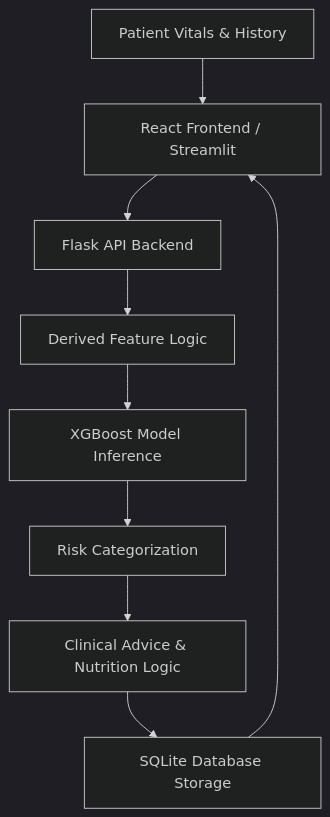
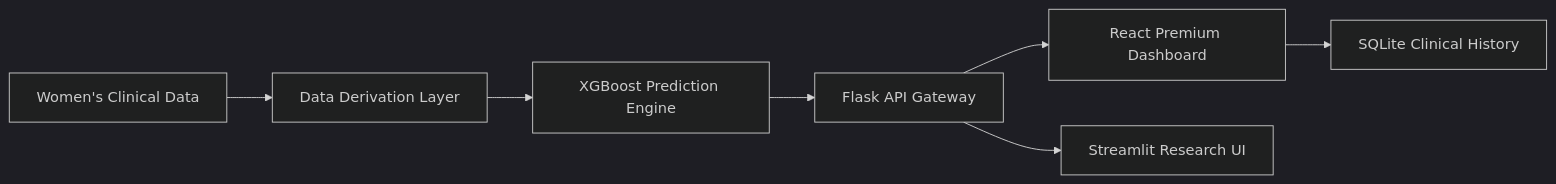
The diagram in README.md (daksha2005/CardioWise_AI), drawn with Mermaid (dark theme) before and after one commit. The commit also changed other lines of this file, not shown here.

Commit message:
Final Polish: Emphasized Women's Health and gender-specific risk factors in documentation

````diff
--- a/README.md
+++ b/README.md
@@ -30,11 +33,9 @@
 ```mermaid
-graph TD
-    A[Patient Vitals & History] --> B[React Frontend / Streamlit]
-    B --> C[Flask API Backend]
-    C --> D[Derived Feature Logic]
-    D --> E[XGBoost Model Inference]
-    E --> F[Risk Categorization]
-    F --> G[Clinical Advice & Nutrition Logic]
-    G --> H[SQLite Database Storage]
-    H --> B
+graph LR
+    A[Women's Clinical Data] --> B[Data Derivation Layer]
+    B --> C[XGBoost Prediction Engine]
+    C --> D[Flask API Gateway]
+    D --> E[React Premium Dashboard]
+    D --> F[Streamlit Research UI]
+    E --> G[SQLite Clinical History]
 ```
````
